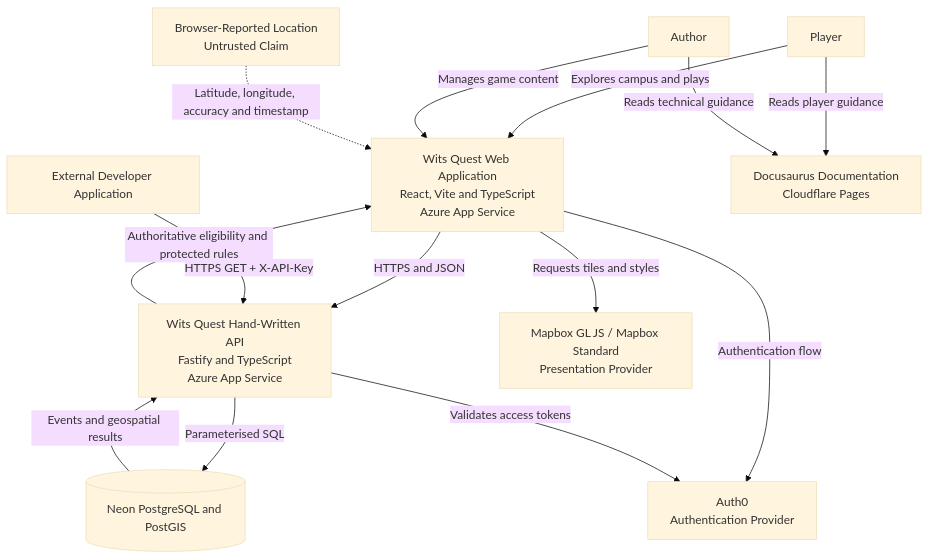
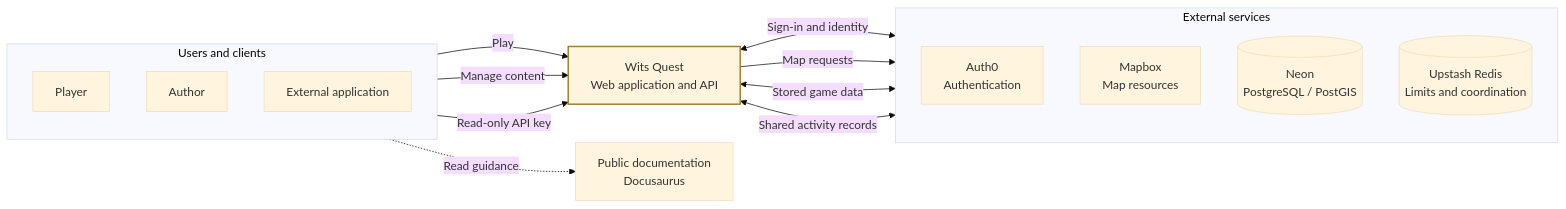
Before and after one commit to Gradient-Ascenders/Wits-World: the diagram in docs/architecture/diagrams/system-context.md, drawn with Mermaid (base theme). The commit also changed other lines of this file and 28 other files, not shown here.

First line of the commit message:
[docs] refresh setup and architecture guides and diagrams

````diff
--- a/docs/architecture/diagrams/system-context.md
+++ b/docs/architecture/diagrams/system-context.md
@@ -11,37 +14,36 @@
 ```mermaid
-flowchart TB
-    accTitle: Wits World and its external services
-    accDescr: Players and authors use the web app, while external developer applications use a separate read-only API-key boundary. The API owns protected decisions and database access; Auth0 authenticates players, Mapbox presents maps, and Docusaurus publishes documentation.
-    Player["Player"]
-    Author["Author"]
-    Developer["External Developer Application"]
+flowchart LR
+    accTitle: Wits Quest in its external environment
+    accDescr: Players and Authors use the game. External applications access a read-only developer API. Auth0 supplies identity, Mapbox supplies map resources, Neon stores application data, and Upstash shares limits and coordination. Public documentation is a separate site.
 
-    Web["Wits Quest Web Application<br/>React, Vite and TypeScript<br/>Azure App Service"]
-    API["Wits Quest Hand-Written API<br/>Fastify and TypeScript<br/>Azure App Service"]
-    DB[("Neon PostgreSQL and PostGIS")]
-    Auth["Auth0<br/>Authentication Provider"]
-    Map["Mapbox GL JS / Mapbox Standard<br/>Presentation Provider"]
-    Docs["Docusaurus Documentation<br/>Cloudflare Pages"]
+    subgraph Users["Users and clients"]
+        direction TB
+        Player["Player"]
+        Author["Author"]
+        Developer["External application"]
+    end
 
-    Location["Browser-Reported Location<br/>Untrusted Claim"]
+    Game["Wits Quest<br/>Web application and API"]
 
-    Player -->|"Explores campus and plays"| Web
-    Author -->|"Manages game content"| Web
+    subgraph Services["External services"]
+        direction TB
+        Auth["Auth0<br/>Authentication"]
+        Map["Mapbox<br/>Map resources"]
+        DB[("Neon<br/>PostgreSQL / PostGIS")]
+        Redis[("Upstash Redis<br/>Limits and coordination")]
+    end
 
-    Web -->|"HTTPS and JSON"| API
-    Developer -->|"HTTPS GET + X-API-Key"| API
+    Docs["Public documentation<br/>Docusaurus"]
 
-    Web -->|"Authentication flow"| Auth
-    API -->|"Validates access tokens"| Auth
+    Player -->|"Play"| Game
+    Author -->|"Manage content"| Game
+    Developer -->|"Read-only API key"| Game
+    Game <-->|"Sign-in and identity"| Auth
+    Game -->|"Map requests"| Map
+    Game <-->|"Stored game data"| DB
+    Game <-->|"Shared activity records"| Redis
+    Users -.->|"Read guidance"| Docs
 
-    API -->|"Parameterised SQL"| DB
-    DB -->|"Events and geospatial results"| API
-
-    Web -->|"Requests tiles and styles"| Map
-    Location -.->|"Latitude, longitude, accuracy and timestamp"| Web
-
-    Player -->|"Reads player guidance"| Docs
-    Author -->|"Reads technical guidance"| Docs
-
-    API -->|"Authoritative eligibility and protected rules"| Web
+    classDef authority stroke:#9d8130,stroke-width:2px;
+    class Game authority;
 ```
````
